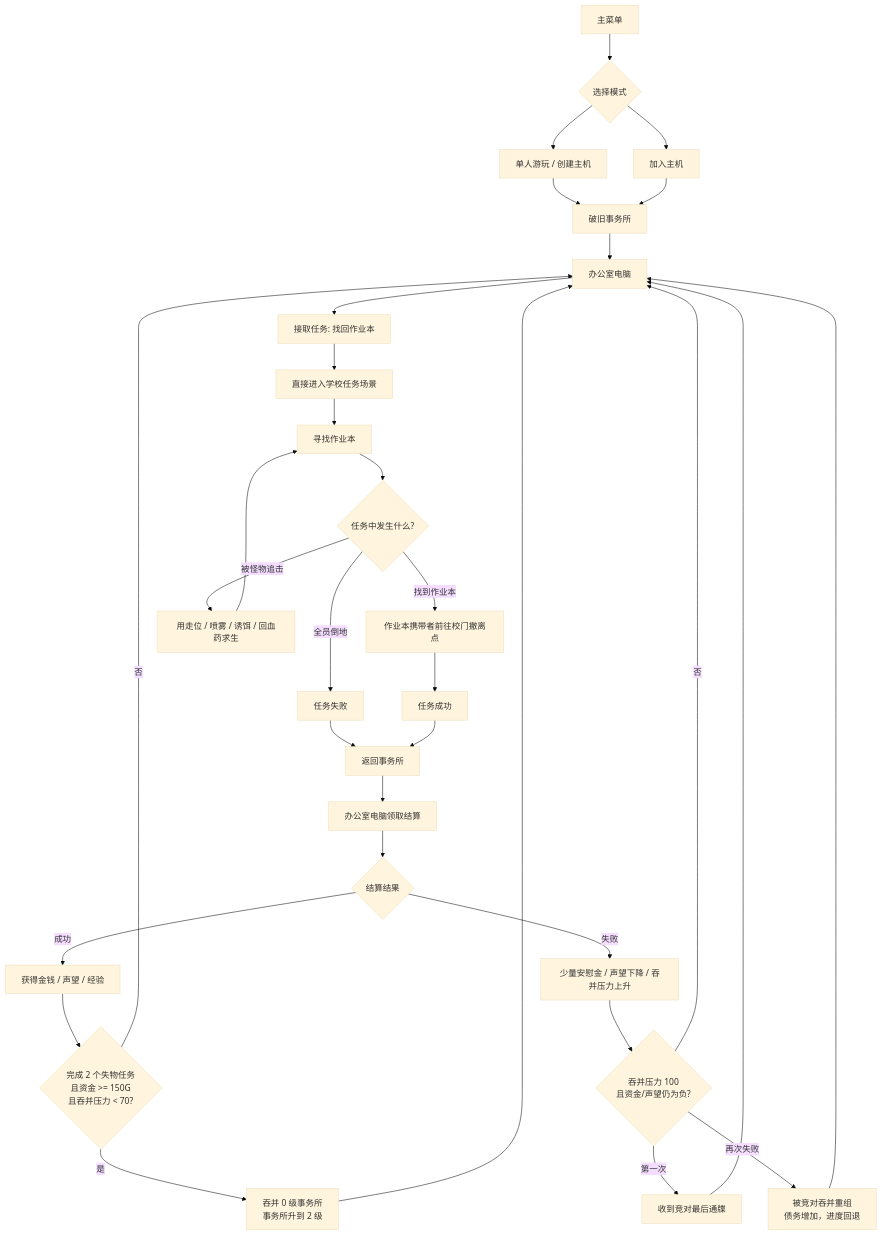
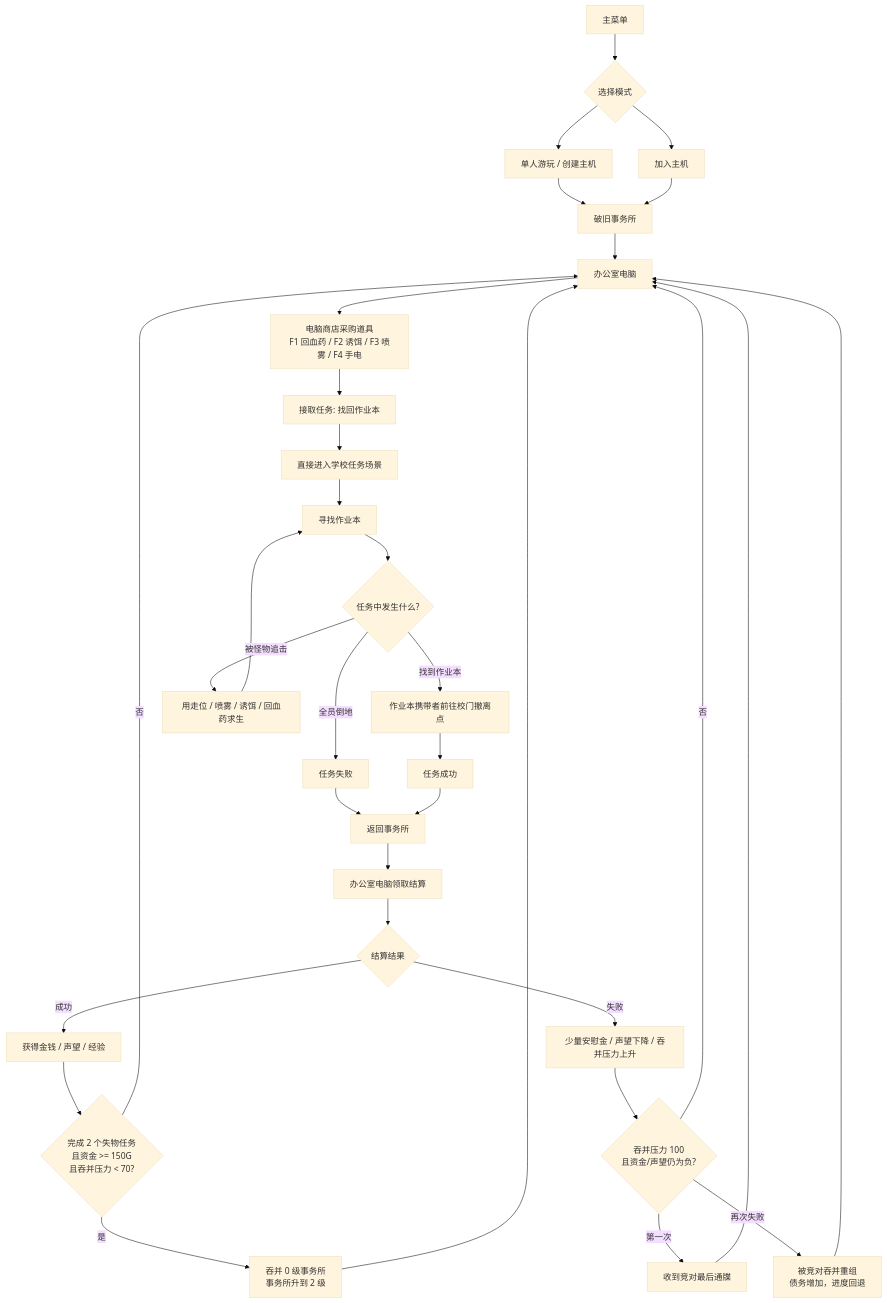
The diagram in docs/mvp-core-loop.md (DarkGameHub/BlackCommission), drawn with Mermaid (base theme) before and after one commit. The commit also changed other lines of this file and 15 other files, not shown here.

Commit message:
Improve MVP style shop and networking flow

````diff
--- a/docs/mvp-core-loop.md
+++ b/docs/mvp-core-loop.md
@@ -17,40 +29,41 @@
 ```mermaid
 flowchart TD
     A["主菜单"] --> B{"选择模式"}
     B --> B1["单人游玩 / 创建主机"]
     B --> B2["加入主机"]
     B1 --> C["破旧事务所"]
     B2 --> C
 
     C --> D["办公室电脑"]
-    D --> E["接取任务: 找回作业本"]
+    D --> D1["电脑商店采购道具\nF1 回血药 / F2 诱饵 / F3 喷雾 / F4 手电"]
+    D1 --> E["接取任务: 找回作业本"]
     E --> F["直接进入学校任务场景"]
 
     F --> G["寻找作业本"]
     G --> H{"任务中发生什么?"}
     H -->|找到作业本| I["作业本携带者前往校门撤离点"]
     H -->|被怪物追击| J["用走位 / 喷雾 / 诱饵 / 回血药求生"]
     J --> G
     H -->|全员倒地| K["任务失败"]
 
     I --> L["任务成功"]
     K --> M["返回事务所"]
     L --> M
     M --> N["办公室电脑领取结算"]
 
     N --> O{"结算结果"}
     O -->|成功| P["获得金钱 / 声望 / 经验"]
     O -->|失败| Q["少量安慰金 / 声望下降 / 吞并压力上升"]
 
     P --> R{"完成 2 个失物任务\n且资金 >= 150G\n且吞并压力 < 70?"}
     R -->|是| S["吞并 0 级事务所\n事务所升到 2 级"]
     R -->|否| D
     S --> D
 
     Q --> T{"吞并压力 100\n且资金/声望仍为负?"}
     T -->|第一次| U["收到竞对最后通牒"]
     T -->|再次失败| V["被竞对吞并重组\n债务增加，进度回退"]
     T -->|否| D
     U --> D
     V --> D
 ```
````
